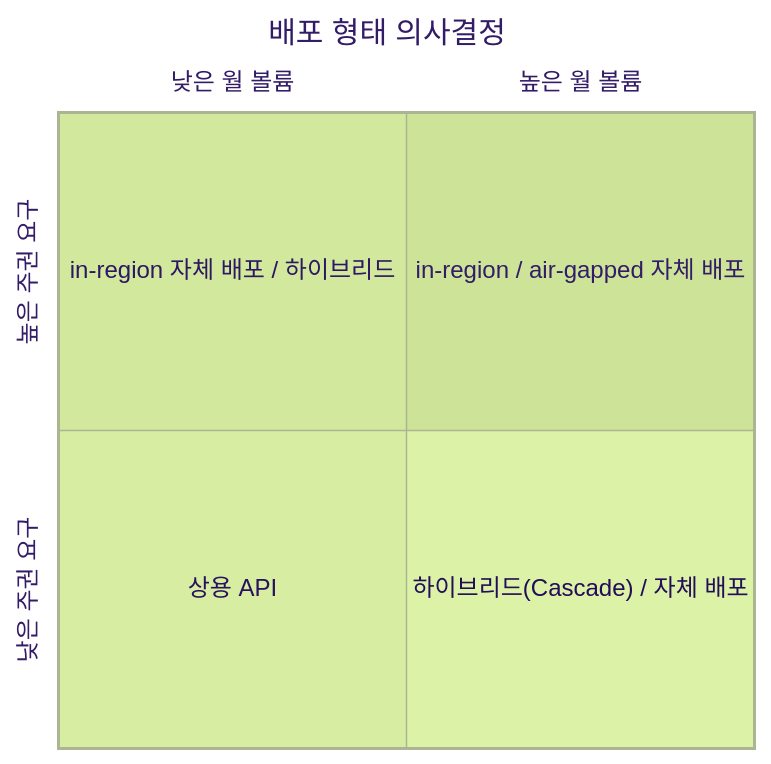
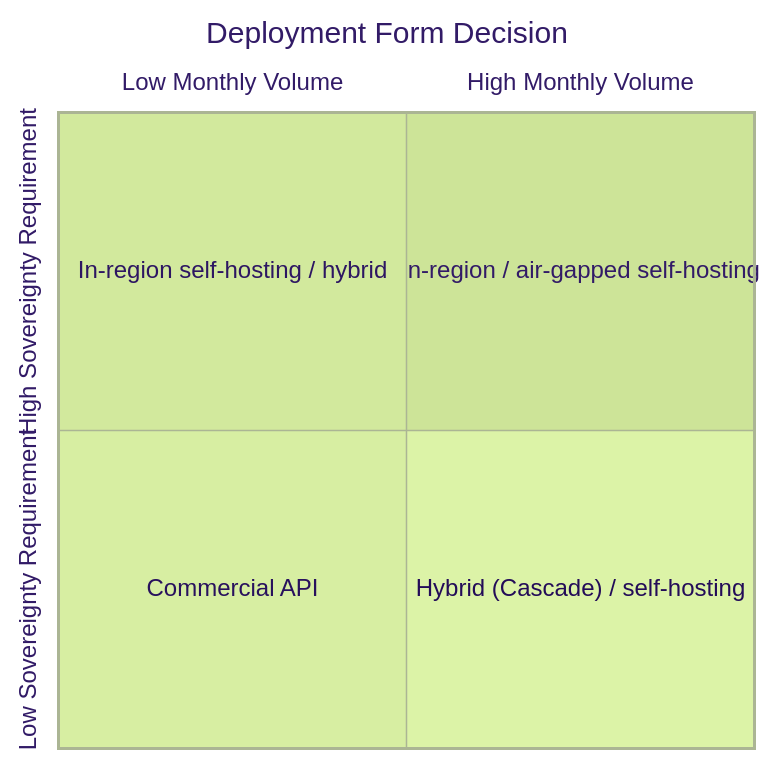
Before and after one commit to devfloor9/engineering-playbook: the first of 2 diagrams in docs/agentic-ai-platform/reference-architecture/integrations/open-weight-model-deployment.md, drawn with Mermaid (forest theme). The commit also changed other lines of this file and 954 other files, not shown here.

````diff
--- a/docs/agentic-ai-platform/reference-architecture/integrations/open-weight-model-deployment.md
+++ b/docs/agentic-ai-platform/reference-architecture/integrations/open-weight-model-deployment.md
@@ -147,10 +147,10 @@
 ```mermaid
 quadrantChart
-    title 배포 형태 의사결정
-    x-axis "낮은 월 볼륨" --> "높은 월 볼륨"
-    y-axis "낮은 주권 요구" --> "높은 주권 요구"
-    quadrant-1 "in-region / air-gapped 자체 배포"
-    quadrant-2 "in-region 자체 배포 / 하이브리드"
-    quadrant-3 "상용 API"
-    quadrant-4 "하이브리드(Cascade) / 자체 배포"
+    title Deployment Form Decision
+    x-axis "Low Monthly Volume" --> "High Monthly Volume"
+    y-axis "Low Sovereignty Requirement" --> "High Sovereignty Requirement"
+    quadrant-1 "In-region / air-gapped self-hosting"
+    quadrant-2 "In-region self-hosting / hybrid"
+    quadrant-3 "Commercial API"
+    quadrant-4 "Hybrid (Cascade) / self-hosting"
 ```
````
